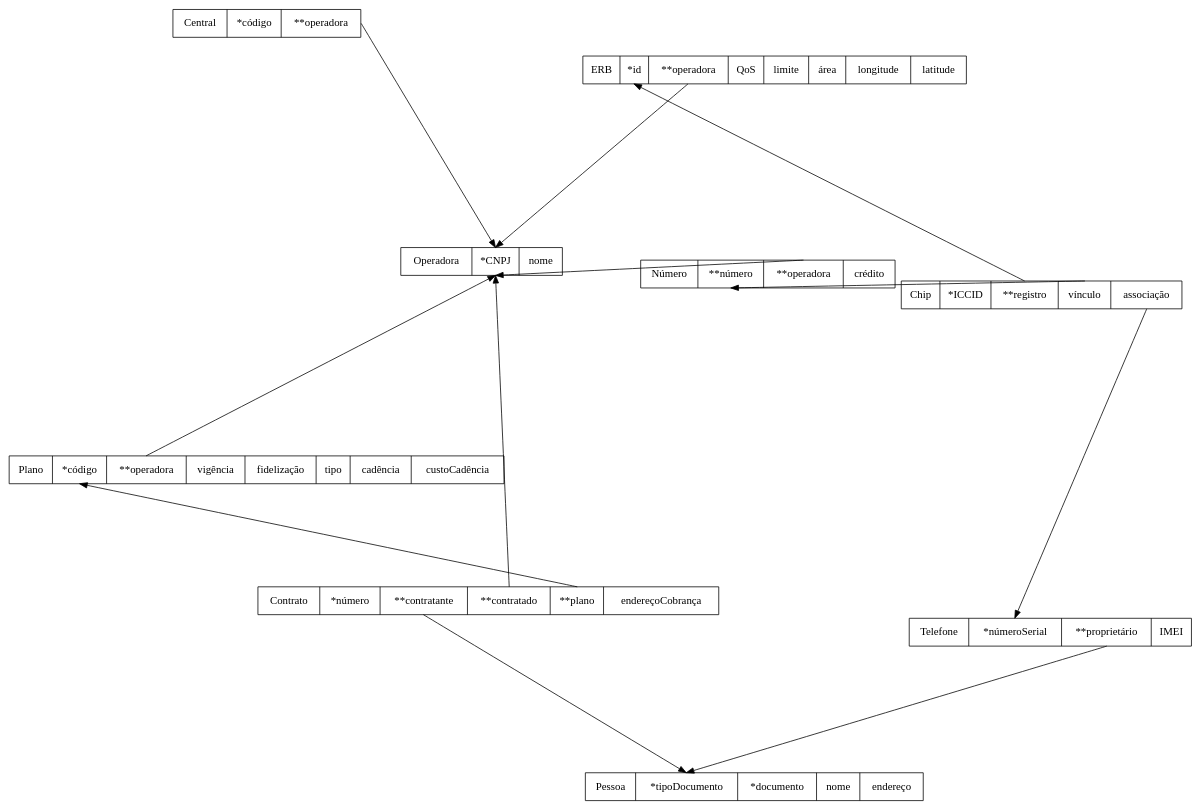
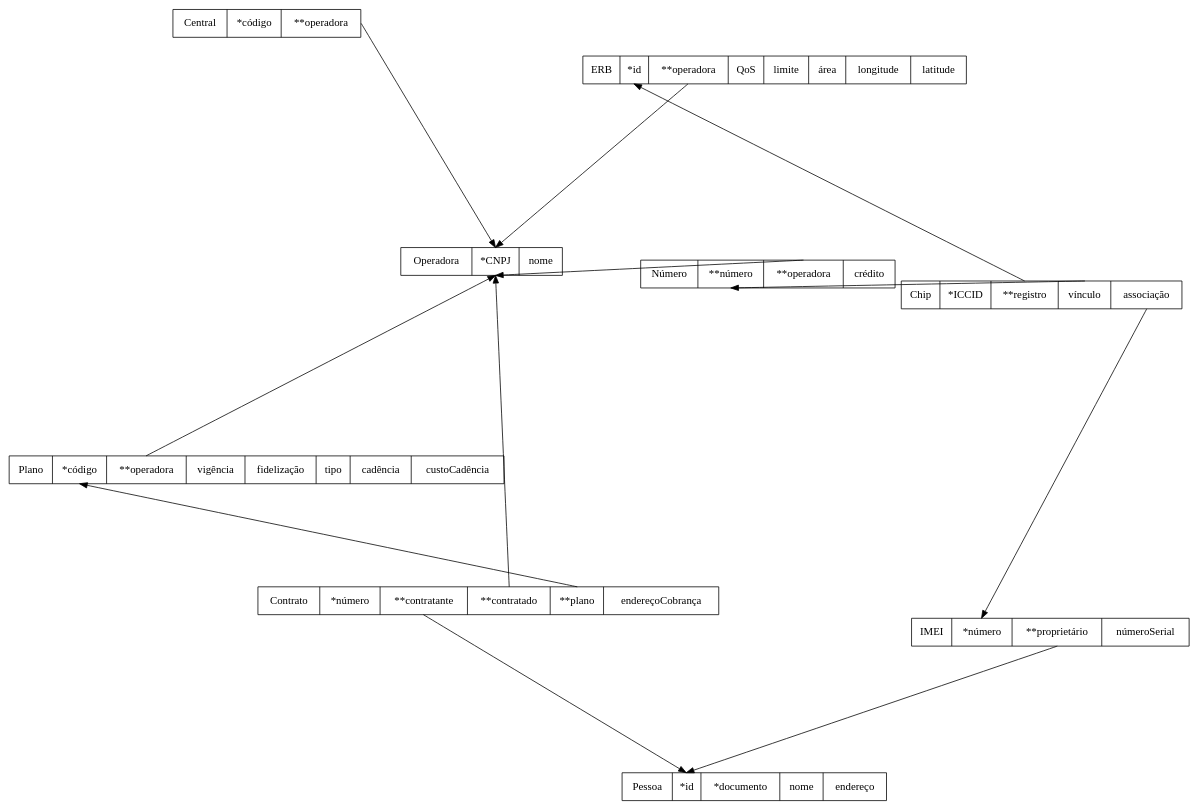
Before and after one commit to ederson-torresini/ifsc: the diagram in modeloRelacional.dot, drawn with Graphviz. The commit also changed 1 other file, not shown here.

```diff
--- a/modeloRelacional.dot
+++ b/modeloRelacional.dot
@@ -1,28 +1,27 @@
 digraph modeloRelacional {
   layout = neato
   overlap = false
 
   // Tabelas
   Central [shape=record,label="<0>Central|<1>*código|<2>**operadora"]
   Chip [shape=record,label="<0>Chip|<1>*ICCID|<2>**registro|<3>vínculo|<4>associação"]
   Contrato [shape=record,label="<0>Contrato|<1>*número|<2>**contratante|<3>**contratado|<4>**plano|<5>endereçoCobrança"]
   ERB [shape=record,label="<0>ERB|<1>*id|<2>**operadora|<3>QoS|<4>limite|<5>área|<6>longitude|<7>latitude"]
   Número [shape=record,label="<0>Número|<1>**número|<2>**operadora|<3>crédito"]
   Operadora [shape=record,label="<0>Operadora|<1>*CNPJ|<2>nome"]
-  Pessoa [shape=record,label="<0>Pessoa|<1>*tipoDocumento|<2>*documento|<3>nome|<4>endereço"]
+  Pessoa [shape=record,label="<0>Pessoa|<1>*id|<2>*documento|<3>nome|<4>endereço"]
   Plano [shape=record,label="<0>Plano|<1>*código|<2>**operadora|<3>vigência|<4>fidelização|<5>tipo|<6>cadência|<7>custoCadência"]
-  Telefone [shape=record,label="<0>Telefone|<1>*númeroSerial|<2>**proprietário|<3>IMEI"]
-
+  IMEI [shape=record,label="<0>IMEI|<1>*número|<2>**proprietário|<3>númeroSerial"]
   # Integridade
   Central:2 -> Operadora:1
   Chip:2 -> ERB:1
   Chip:3 -> Número:1
-  Chip:4 -> Telefone:1
+  Chip:4 -> IMEI:1
   Contrato:2 -> Pessoa:1
   Contrato:3 -> Operadora:1
   Contrato:4 -> Plano:1
   ERB:2 -> Operadora:1
   Número:2 ->Operadora:1
   Plano:2 -> Operadora:1
-  Telefone:2 -> Pessoa:1
+  IMEI:2 -> Pessoa:1
 }
```
